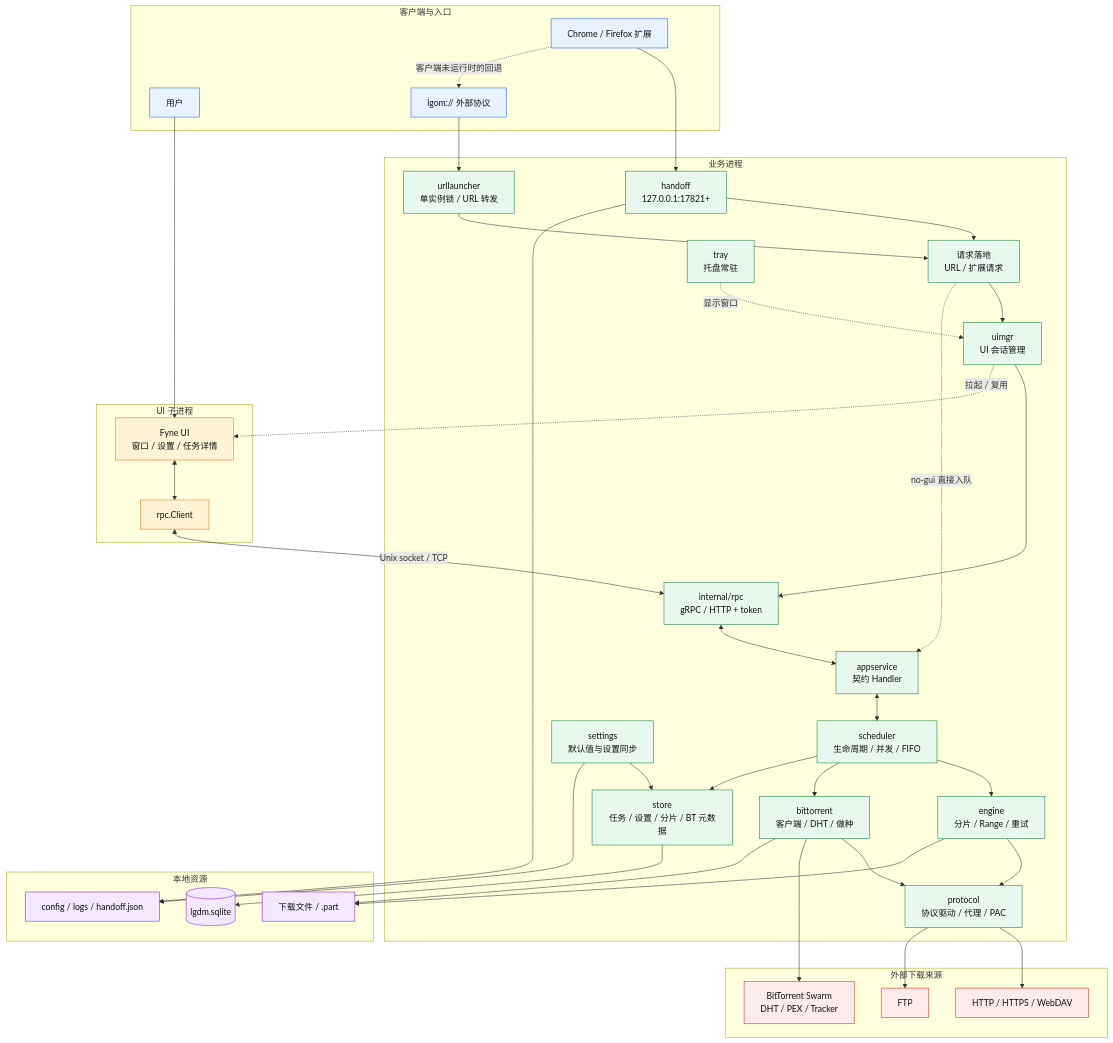
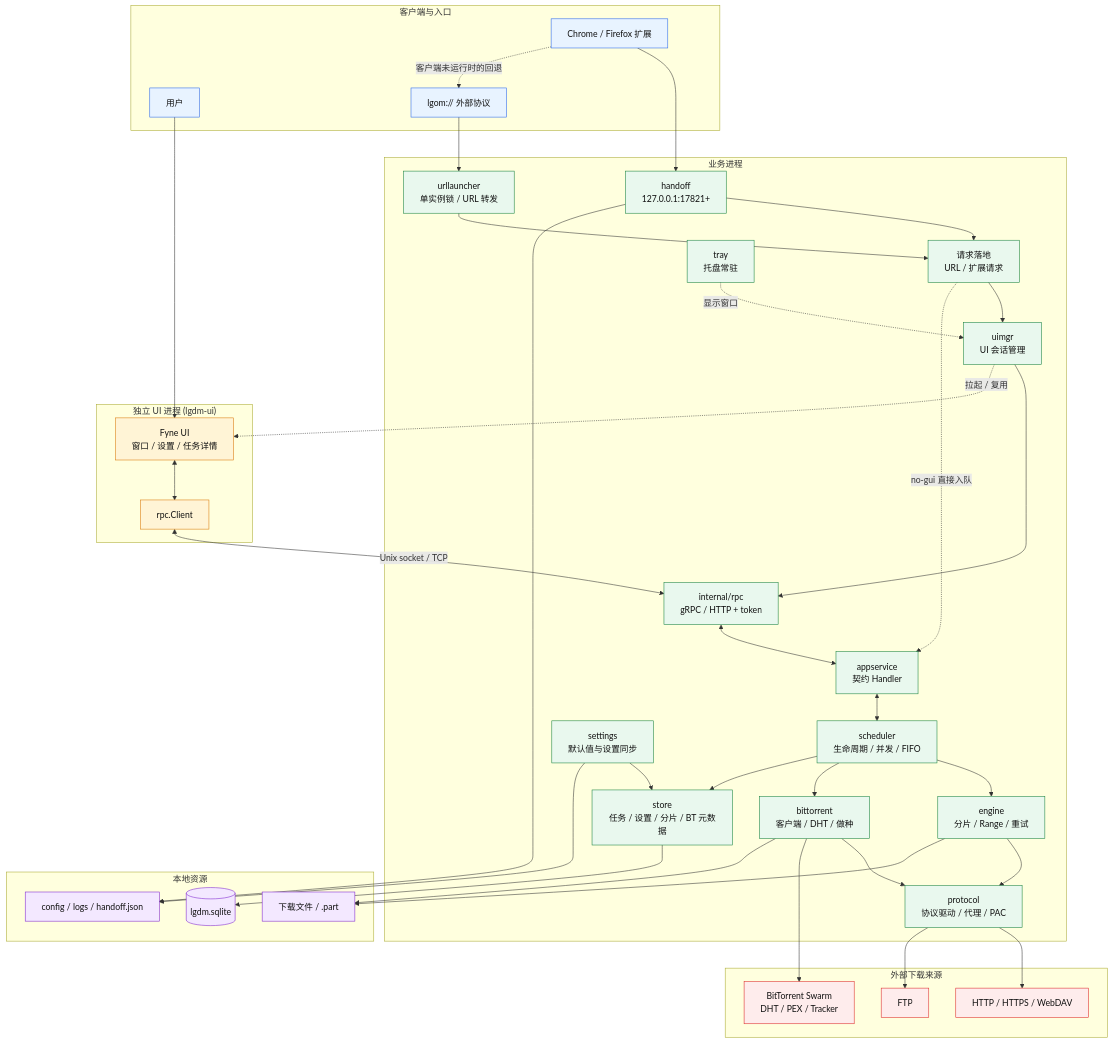
One commit to langbiantianya/lgo_download_manager changed the diagram in docs/architecture.md. Above: the diagram before and after it, drawn with Mermaid. The commit also changed other lines of this file and 23 other files, not shown here.

```diff
--- a/docs/architecture.md
+++ b/docs/architecture.md
@@ -10,7 +10,7 @@
         URL["lgom:// 外部协议"]
     end
 
-    subgraph UIProcess["UI 子进程"]
+    subgraph UIProcess["独立 UI 进程 (lgdm-ui)"]
         Fyne["Fyne UI<br/>窗口 / 设置 / 任务详情"]
         RPCClient["rpc.Client"]
         Fyne <--> RPCClient
```
